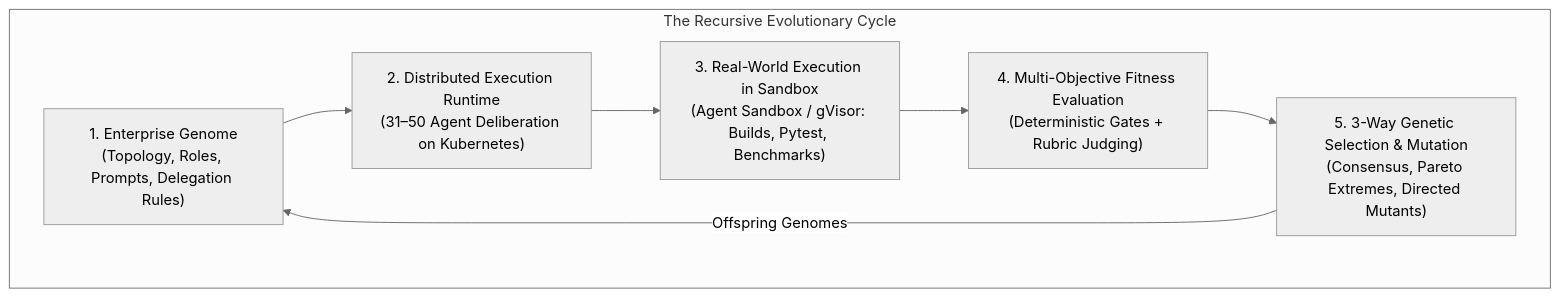
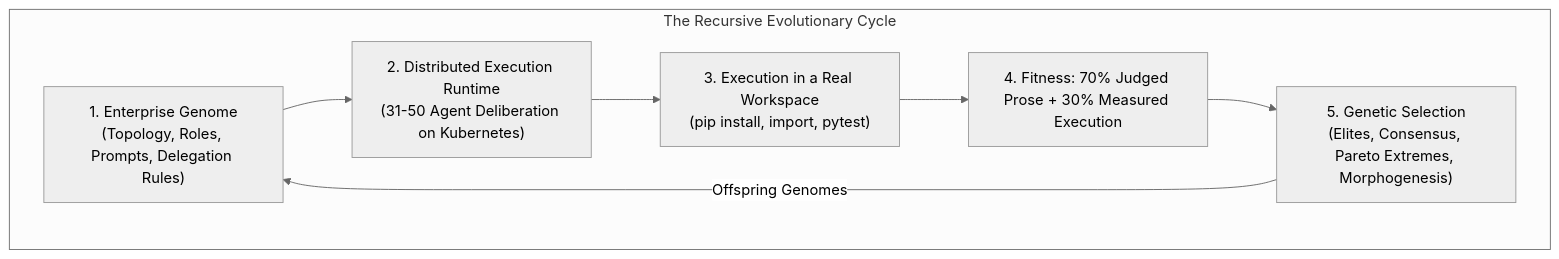
One commit to SinaChavoshi/hierarchical-agent-evolution changed the diagram in README.md. Above: the diagram before and after it, drawn with Mermaid (neutral theme). The commit also changed other lines of this file and 2 other files, not shown here.

````diff
--- a/README.md
+++ b/README.md
@@ -20,16 +36,16 @@
 ```mermaid
 graph TD
     subgraph SelfImprovementLoop ["The Recursive Evolutionary Cycle"]
         Genome["1. Enterprise Genome<br/>(Topology, Roles, Prompts, Delegation Rules)"]
-        Execution["2. Distributed Execution Runtime<br/>(31–50 Agent Deliberation on Kubernetes)"]
-        Sandbox["3. Real-World Execution in Sandbox<br/>(Agent Sandbox / gVisor: Builds, Pytest, Benchmarks)"]
-        Fitness["4. Multi-Objective Fitness Evaluation<br/>(Deterministic Gates + Rubric Judging)"]
-        Breeding["5. 3-Way Genetic Selection & Mutation<br/>(Consensus, Pareto Extremes, Directed Mutants)"]
+        Execution["2. Distributed Execution Runtime<br/>(31-50 Agent Deliberation on Kubernetes)"]
+        Sandbox["3. Execution in a Real Workspace<br/>(pip install, import, pytest)"]
+        Fitness["4. Fitness: 70% Judged Prose + 30% Measured Execution"]
+        Breeding["5. Genetic Selection<br/>(Elites, Consensus, Pareto Extremes, Morphogenesis)"]
 
         Genome --> Execution
         Execution --> Sandbox
         Sandbox --> Fitness
         Fitness --> Breeding
         Breeding -->|Offspring Genomes| Genome
     end
 ```
````
